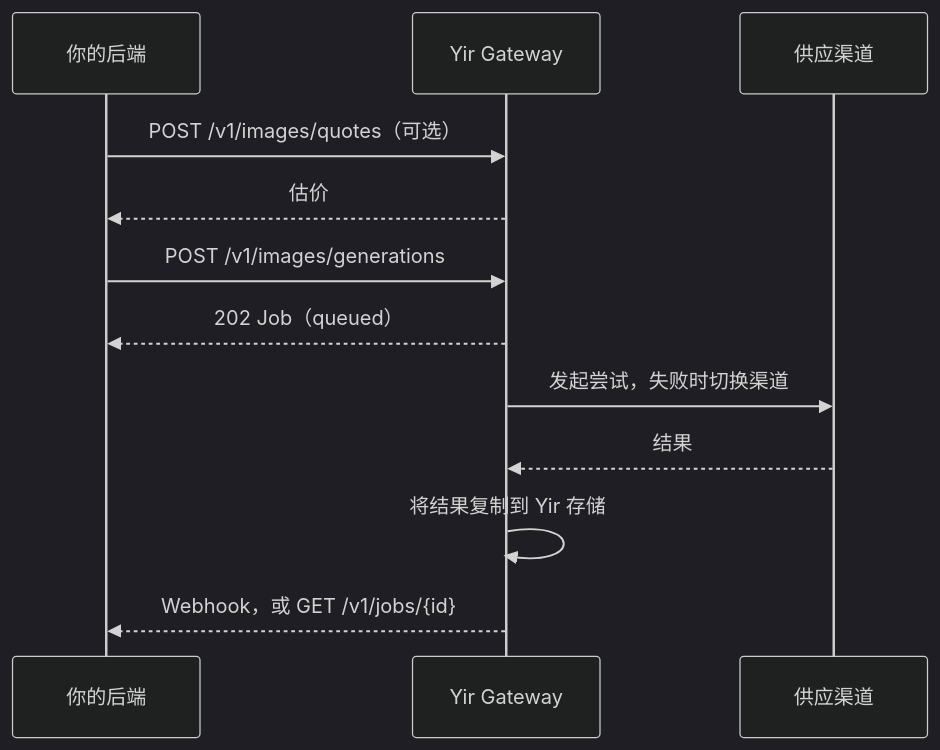
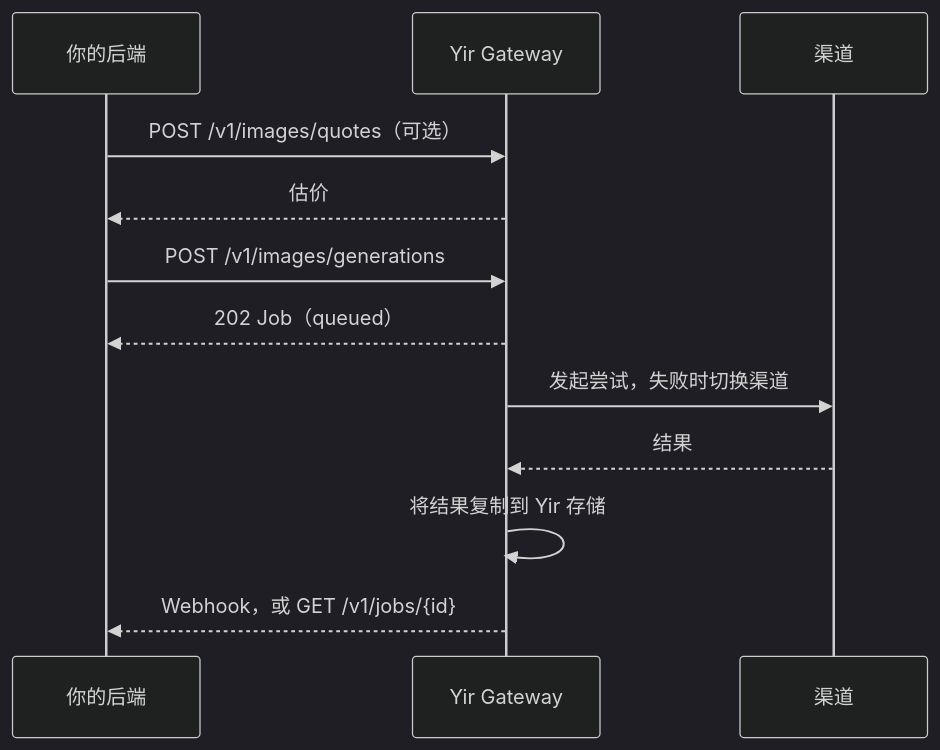
One commit to yir-ai/docs changed the diagram in docs/zh/index.mdx. Above: the diagram before and after it, drawn with Mermaid (dark theme). The commit also changed other lines of this file and 52 other files, not shown here.

````diff
--- a/docs/zh/index.mdx
+++ b/docs/zh/index.mdx
@@ -30,14 +30,14 @@
 ```mermaid
 sequenceDiagram
   participant App as 你的后端
   participant Yir as Yir Gateway
-  participant P as 供应渠道
+  participant P as 渠道
   App->>Yir: POST /v1/images/quotes（可选）
   Yir-->>App: 估价
   App->>Yir: POST /v1/images/generations
   Yir-->>App: 202 Job（queued）
   Yir->>P: 发起尝试，失败时切换渠道
   P-->>Yir: 结果
   Yir->>Yir: 将结果复制到 Yir 存储
   Yir-->>App: Webhook，或 GET /v1/jobs/{id}
 ```
````
